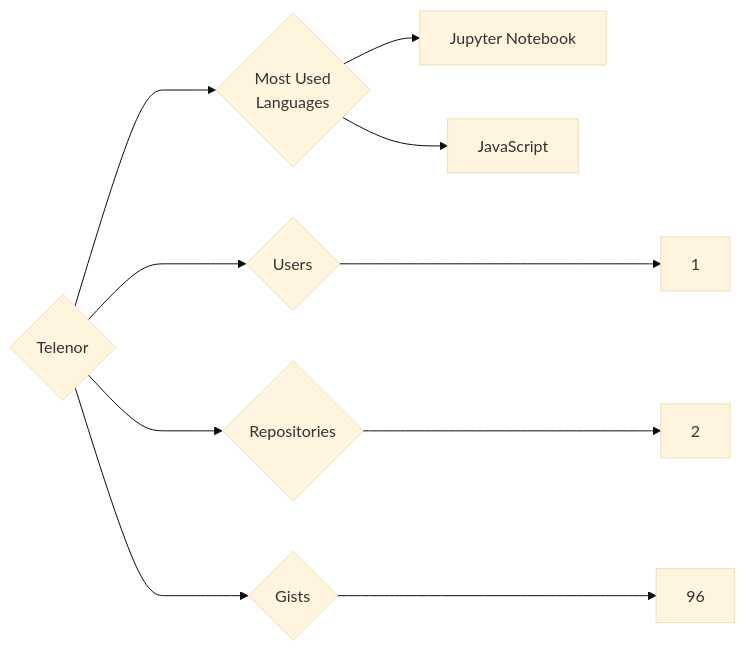
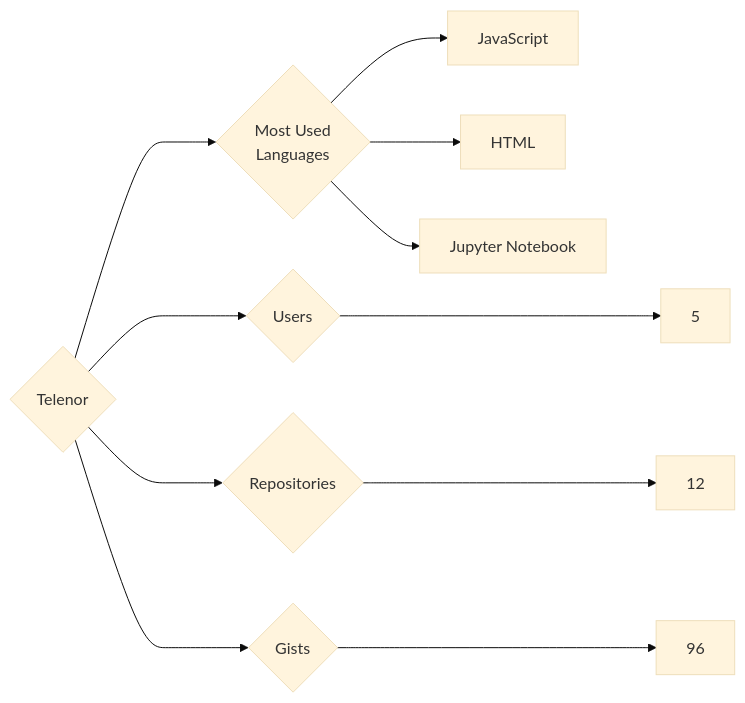
One commit to trickest/insiders changed the diagram in targets/Telenor/README.md. Above: the diagram before and after it, drawn with Mermaid (base theme). The commit also changed 1003 other files, not shown here.

````diff
--- a/targets/Telenor/README.md
+++ b/targets/Telenor/README.md
@@ -3,10 +3,11 @@
 ```mermaid
 graph LR
 COMPANY_NAME{Telenor}
-COMPANY_NAME ---> U{Users} ---> UN[1]
-COMPANY_NAME ---> R{Repositories} ---> RN[2]
+COMPANY_NAME ---> U{Users} ---> UN[5]
+COMPANY_NAME ---> R{Repositories} ---> RN[12]
 COMPANY_NAME ---> G{Gists} ---> GN[96]
 COMPANY_NAME ---> ML{Most Used<br>Languages}
+ML --> JavaScript[JavaScript]
+ML --> HTML[HTML]
 ML --> Jupyter_Notebook[Jupyter Notebook]
-ML --> JavaScript[JavaScript]
 ```
````
